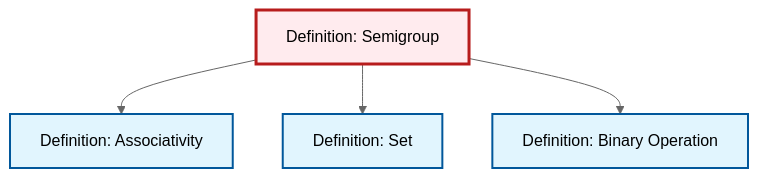
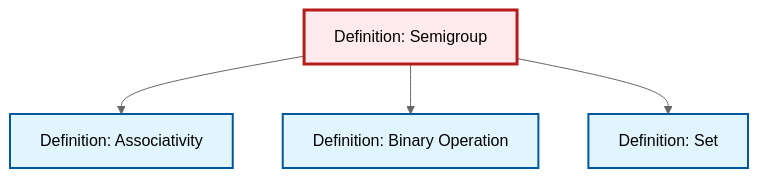
Before and after one commit to RK0429/ModernMath: the diagram in content/en/algebra/def-semigroup.qmd, drawn with Mermaid (neutral theme). The commit also changed other lines of this file and 1069 other files, not shown here.

````diff
--- a/content/en/algebra/def-semigroup.qmd
+++ b/content/en/algebra/def-semigroup.qmd
@@ -102,20 +102,20 @@
 ```{mermaid}
 %%| fig-cap: "Local dependency graph"
 graph TD
     classDef definition fill:#e1f5fe,stroke:#01579b,stroke-width:2px
     classDef theorem fill:#f3e5f5,stroke:#4a148c,stroke-width:2px
     classDef axiom fill:#fff3e0,stroke:#e65100,stroke-width:2px
     classDef example fill:#e8f5e9,stroke:#1b5e20,stroke-width:2px
     classDef current fill:#ffebee,stroke:#b71c1c,stroke-width:3px
-    def-set["Definition: Set"]:::definition
-    def-binary-operation["Definition: Binary Operation"]:::definition
     def-semigroup["Definition: Semigroup"]:::definition
     def-associativity["Definition: Associativity"]:::definition
+    def-binary-operation["Definition: Binary Operation"]:::definition
+    def-set["Definition: Set"]:::definition
     def-semigroup --> def-associativity
+    def-semigroup --> def-binary-operation
     def-semigroup --> def-set
-    def-semigroup --> def-binary-operation
     class def-semigroup current
+    click def-associativity "def-associativity.html" "Go to Associativity definition"
+    click def-binary-operation "def-binary-operation.html" "Go to Binary Operation definition"
     click def-set "def-set.html" "Go to Set definition"
-    click def-binary-operation "def-binary-operation.html" "Go to Binary Operation definition"
-    click def-associativity "def-associativity.html" "Go to Associativity definition"
 ```
````
